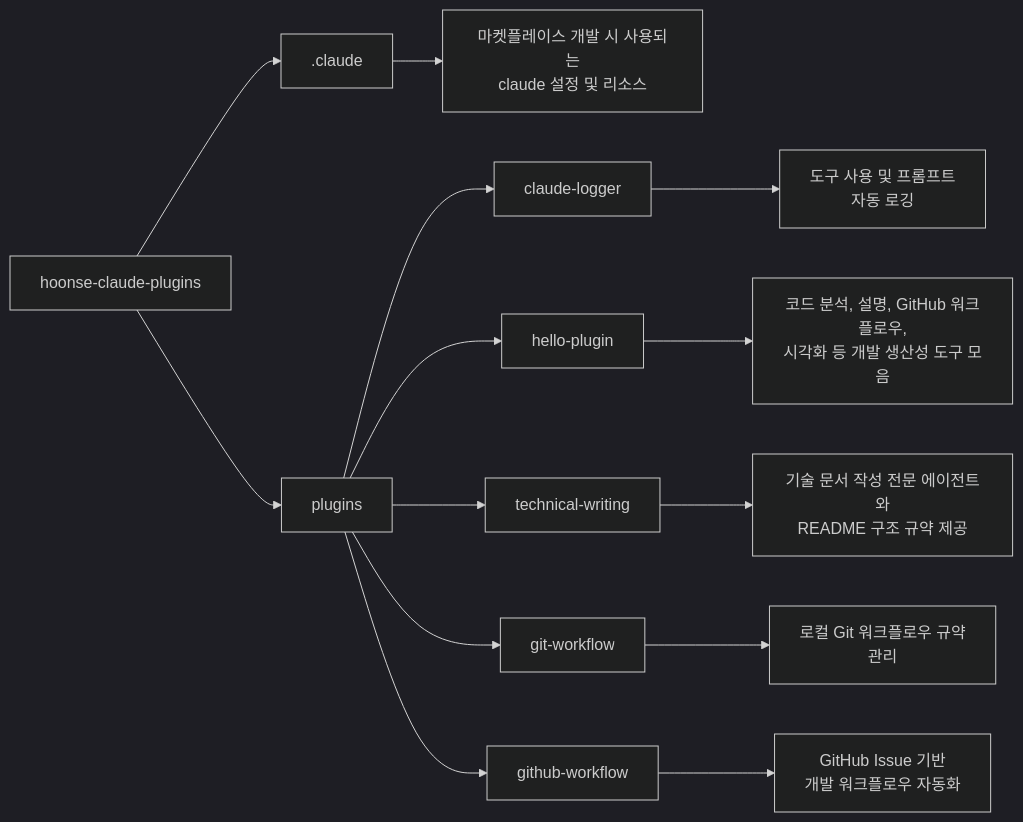
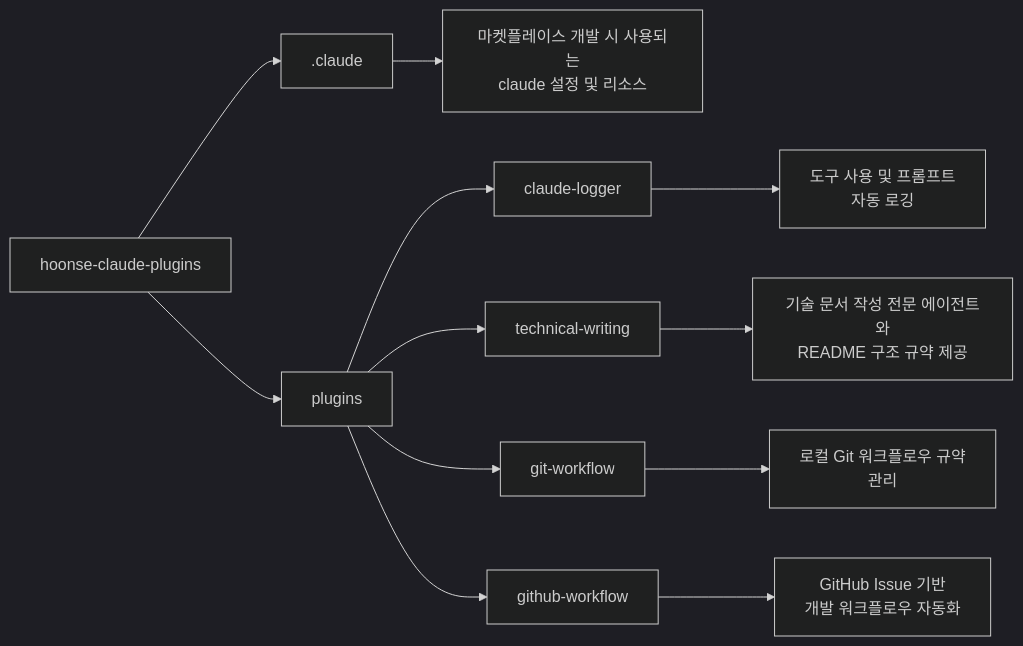
The diagram in README.md (iamhoonse-dev/hoonse-claude-plugins), drawn with Mermaid (dark theme) before and after one commit. The commit also changed other lines of this file and 22 other files, not shown here.

First line of the commit message:
chore: hello-plugin 마켓플레이스 전체 제거

````diff
--- a/README.md
+++ b/README.md
@@ -7,16 +7,14 @@
 ```mermaid
 graph LR
     A[hoonse-claude-plugins] --> B[.claude]
     B --> B1[마켓플레이스 개발 시 사용되는<br/>claude 설정 및 리소스]
     A --> C[plugins]
     C --> D[claude-logger]
     D --> D1[도구 사용 및 프롬프트<br/>자동 로깅]
-    C --> E[hello-plugin]
-    E --> E1[코드 분석, 설명, GitHub 워크플로우,<br/>시각화 등 개발 생산성 도구 모음]
     C --> F[technical-writing]
     F --> F1[기술 문서 작성 전문 에이전트와<br/>README 구조 규약 제공]
     C --> G[git-workflow]
     G --> G1[로컬 Git 워크플로우 규약<br/>관리]
     C --> H[github-workflow]
     H --> H1[GitHub Issue 기반<br/>개발 워크플로우 자동화]
 ```
````
